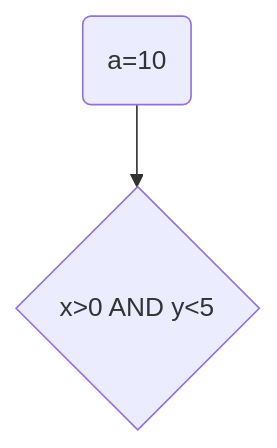
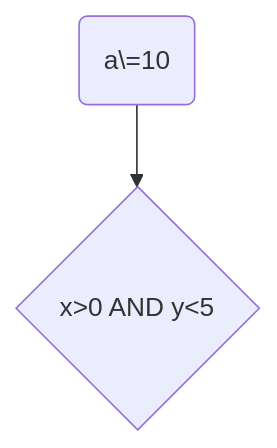
Before and after one commit to happimaker/lecture001: the sixth of 6 diagrams in docs/README.md, drawn with Mermaid.

````diff
--- a/docs/README.md
+++ b/docs/README.md
@@ -477,4 +477,4 @@
 ```mermaid
 graph TD
-    a("a=10") --> d{"x>0 AND y<5"}
+    a("a\=10") --> d{"x>0 AND y<5"}
 ```
````
